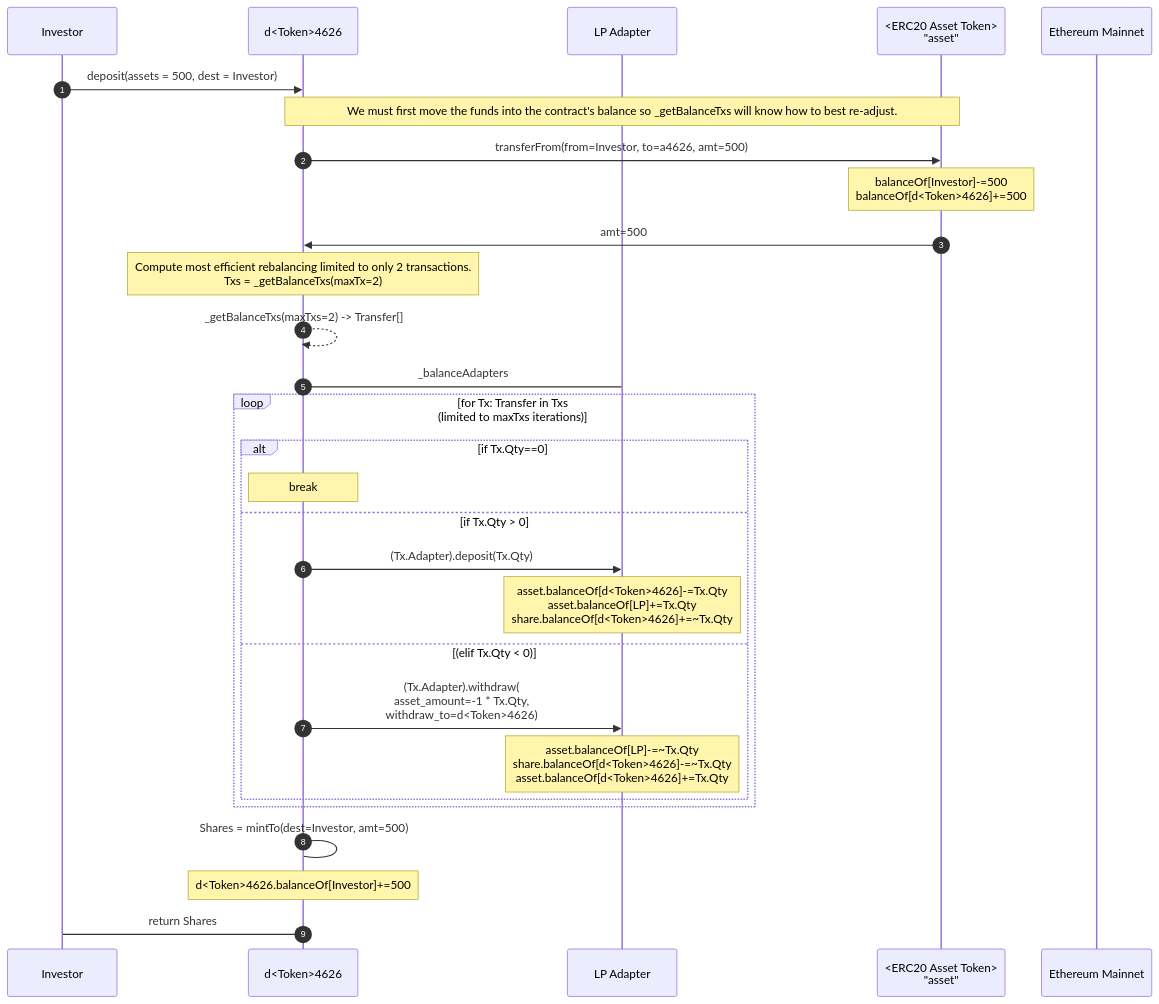
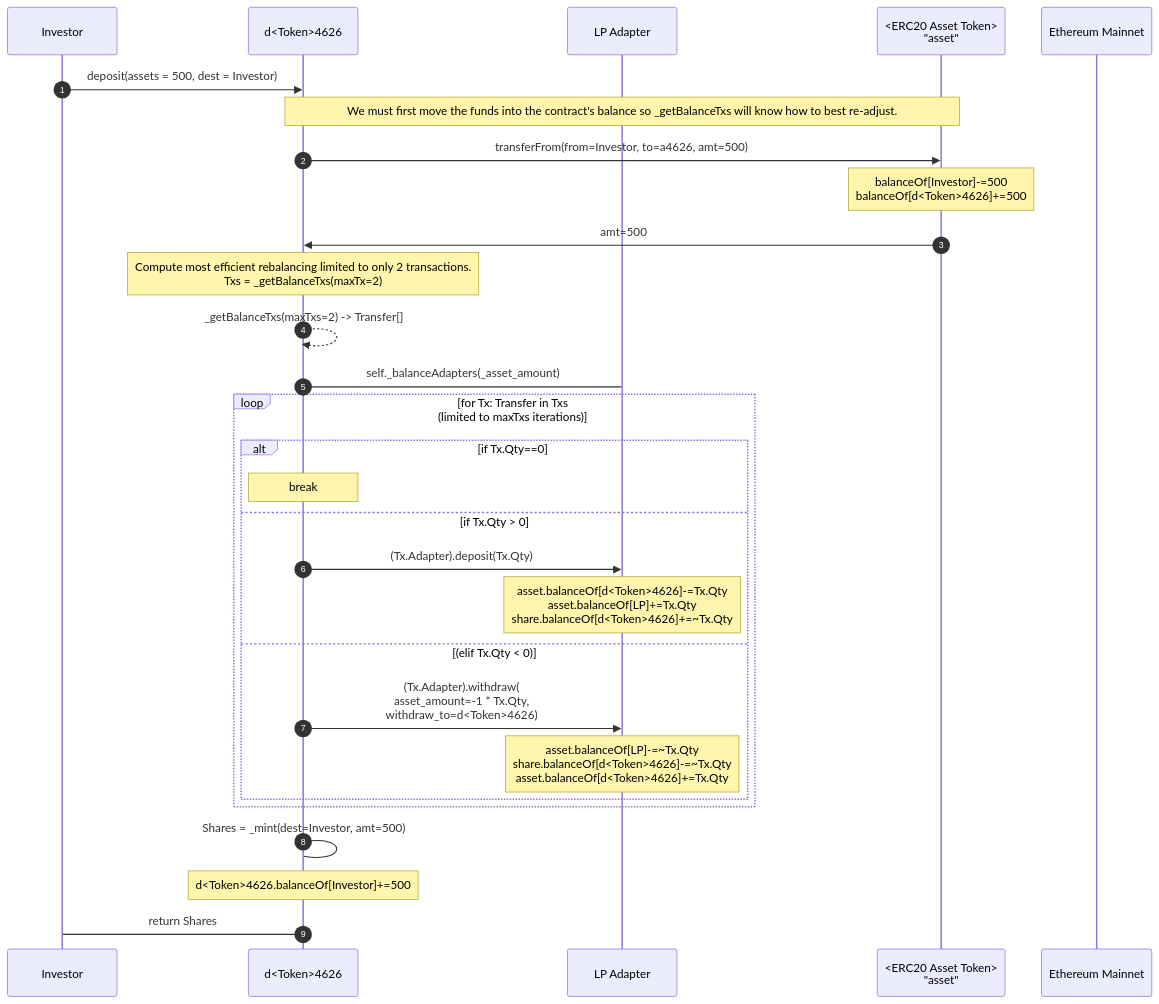
One commit to DynamoFinance/vault changed the first of 3 diagrams in docs/Dynamo4626.md. Above: the diagram before and after it, drawn with Mermaid. The commit also changed other lines of this file, not shown here.

````diff
--- a/docs/Dynamo4626.md
+++ b/docs/Dynamo4626.md
@@ -50,42 +50,42 @@
 ```mermaid
 sequenceDiagram
     participant u as Investor
     participant a4626 as d<Token>4626
     participant lpa as LP Adapter
     participant asset as <ERC20 Asset Token><br>"asset"
     #participant lp as LP
     #participant share as <ERC20 LP Share>
     participant eth as Ethereum Mainnet
   
     autonumber
     u->>a4626:deposit(assets = 500, dest = Investor)
 
         note over a4626, asset: We must first move the funds into the contract's balance so _getBalanceTxs will know how to best re-adjust.     
         a4626->>asset: transferFrom(from=Investor, to=a4626, amt=500)
 
         Note over asset: balanceOf[Investor]-=500<br>balanceOf[d<Token>4626]+=500
         asset->>a4626: amt=500
       
         Note over a4626: Compute most efficient rebalancing limited to only 2 transactions.<br>Txs = _getBalanceTxs(maxTx=2)
         a4626-->>a4626: _getBalanceTxs(maxTxs=2) -> Transfer[]
         
-        a4626->lpa: _balanceAdapters
+        a4626->lpa: self._balanceAdapters(_asset_amount)
 
         loop for Tx: Transfer in Txs<br>(limited to maxTxs iterations)
             alt if Tx.Qty==0
                 note over a4626: break
             else if Tx.Qty > 0
                 a4626->>lpa: (Tx.Adapter).deposit(Tx.Qty)
                     note over lpa: asset.balanceOf[d<Token>4626]-=Tx.Qty<br>asset.balanceOf[LP]+=Tx.Qty<br>share.balanceOf[d<Token>4626]+=~Tx.Qty
                       
             else (elif Tx.Qty < 0)
                 a4626->>lpa: (Tx.Adapter).withdraw(<br>asset_amount=-1 * Tx.Qty,<br>withdraw_to=d<Token>4626)
                     note over lpa: asset.balanceOf[LP]-=~Tx.Qty<br>share.balanceOf[d<Token>4626]-=~Tx.Qty<br>asset.balanceOf[d<Token>4626]+=Tx.Qty
             end
         end
       
-        a4626->a4626: Shares = mintTo(dest=Investor, amt=500)
+        a4626->a4626: Shares = _mint(dest=Investor, amt=500)
             note over a4626:d<Token>4626.balanceOf[Investor]+=500
       
         a4626->u: return Shares  
 ```
````
